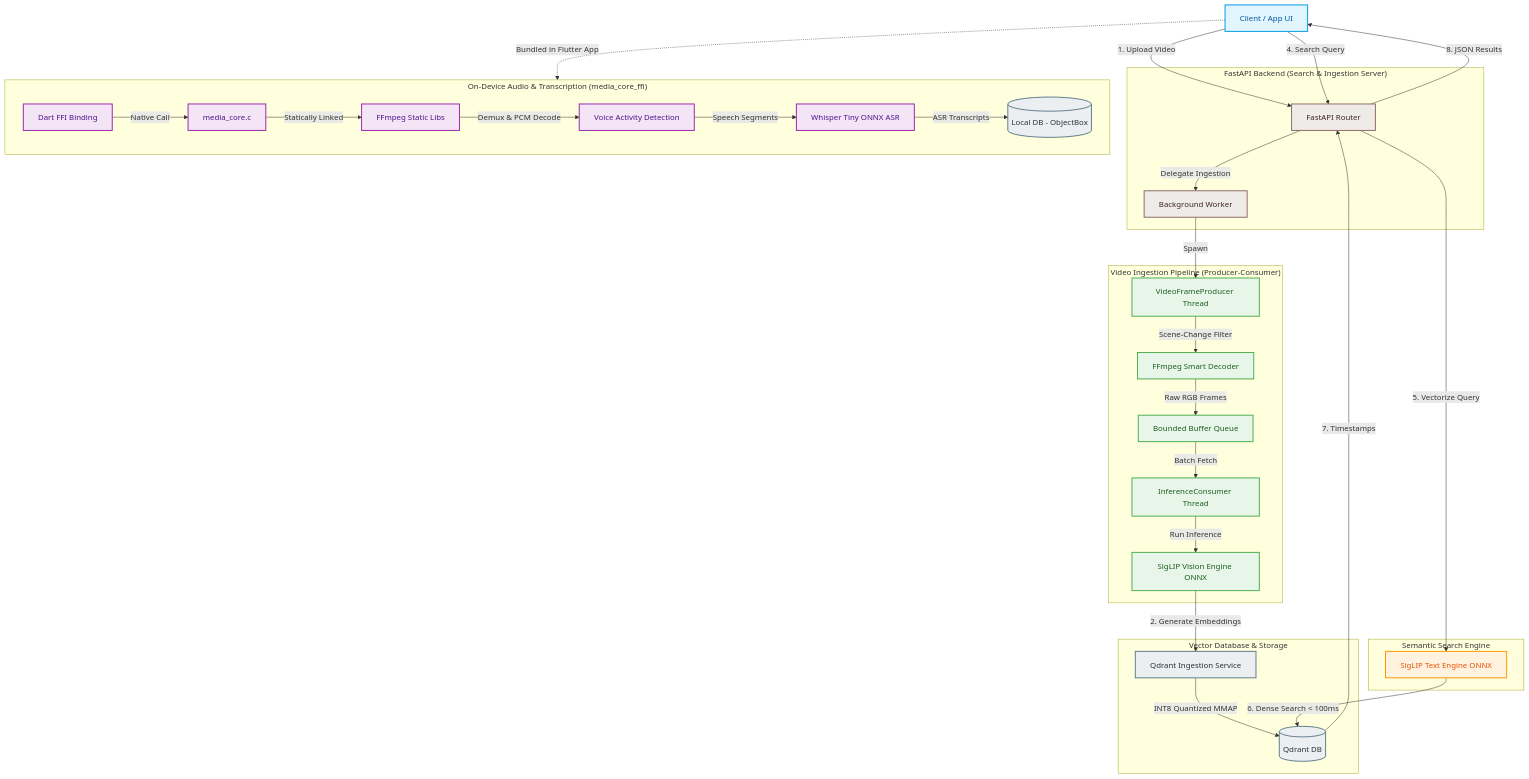
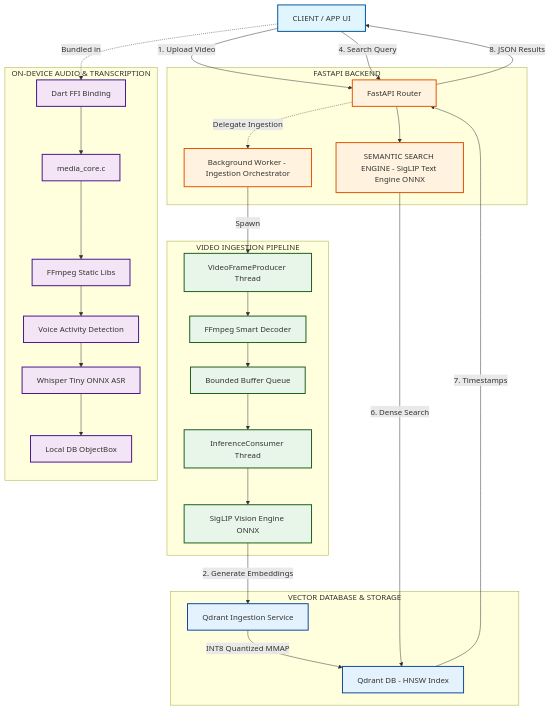
The diagram in README.md (Aniket-16-S/Semantic_Video_Search), drawn with Mermaid before and after one commit. The commit also changed 1 other file, not shown here.

Commit message:
minor chage. Issues still not fixed.

````diff
--- a/README.md
+++ b/README.md
@@ -46,76 +46,64 @@
 ```mermaid
-flowchart TB
-    %% Styling
-    classDef client fill:#e1f5fe,stroke:#039be5,stroke-width:2px,color:#01579b;
-    classDef api fill:#efebe9,stroke:#8d6e63,stroke-width:2px,color:#3e2723;
-    classDef ingestion fill:#e8f5e9,stroke:#4caf50,stroke-width:2px,color:#1b5e20;
-    classDef search fill:#fff3e0,stroke:#ff9800,stroke-width:2px,color:#e65100;
-    classDef audio fill:#f3e5f5,stroke:#9c27b0,stroke-width:2px,color:#4a148c;
-    classDef db fill:#eceff1,stroke:#607d8b,stroke-width:2px,color:#263238;
+graph TD
+    %% Define Styles
+    classDef client fill:#e1f5fe,stroke:#01579b,stroke-width:2px;
+    classDef backend fill:#fff3e0,stroke:#e65100,stroke-width:2px;
+    classDef pipeline fill:#e8f5e9,stroke:#1b5e20,stroke-width:2px;
+    classDef storage fill:#e3f2fd,stroke:#0d47a1,stroke-width:2px;
+    classDef ondevice fill:#f3e5f5,stroke:#4a148c,stroke-width:2px;
 
-    %% Client App
-    Client[Client / App UI]:::client
-
-    %% Backend Services Subgraph
-    subgraph Backend["FastAPI Backend (Search & Ingestion Server)"]
-        API[FastAPI Router]:::api
-        BG[Background Worker]:::api
-        API -->|Delegate Ingestion| BG
+    Client["CLIENT / APP UI"]:::client
+    
+    subgraph BE ["FASTAPI BACKEND"]
+        Router["FastAPI Router"]
+        Worker["Background Worker - Ingestion Orchestrator"]
+        SearchEngine["SEMANTIC SEARCH ENGINE - SigLIP Text Engine ONNX"]
     end
 
-    %% Ingestion Pipeline
-    subgraph Ingestion["Video Ingestion Pipeline (Producer-Consumer)"]
-        Prod[VideoFrameProducer Thread]:::ingestion
-        Decode[FFmpeg Smart Decoder]:::ingestion
-        Queue[Bounded Buffer Queue]:::ingestion
-        Cons[InferenceConsumer Thread]:::ingestion
-        VisionEngine[SigLIP Vision Engine ONNX]:::ingestion
-
-        BG -->|Spawn| Prod
-        Prod -->|Scene-Change Filter| Decode
-        Decode -->|Raw RGB Frames| Queue
-        Queue -->|Batch Fetch| Cons
-        Cons -->|Run Inference| VisionEngine
+    subgraph VIP ["VIDEO INGESTION PIPELINE"]
+        Producer["VideoFrameProducer Thread"]
+        FFmpeg["FFmpeg Smart Decoder"]
+        Queue["Bounded Buffer Queue"]
+        Consumer["InferenceConsumer Thread"]
+        SigLIP["SigLIP Vision Engine ONNX"]
     end
 
-    %% Search Pipeline
-    subgraph SearchFlow["Semantic Search Engine"]
-        TextEngine[SigLIP Text Engine ONNX]:::search
+    subgraph VDB ["VECTOR DATABASE & STORAGE"]
+        QIngest["Qdrant Ingestion Service"]
+        QDB["Qdrant DB - HNSW Index"]
     end
 
-    %% Vector Database
-    subgraph VectorStore["Vector Database & Storage"]
-        Qdrant[(Qdrant DB)]:::db
-        QdrantService[Qdrant Ingestion Service]:::db
-        QdrantService -->|INT8 Quantized MMAP| Qdrant
+    subgraph ODA ["ON-DEVICE AUDIO & TRANSCRIPTION"]
+        FFI["Dart FFI Binding"]
+        MediaCore["media_core.c"]
+        FFmpegStatic["FFmpeg Static Libs"]
+        VAD["Voice Activity Detection"]
+        Whisper["Whisper Tiny ONNX ASR"]
+        LocalDB["Local DB ObjectBox"]
     end
 
-    %% On-Device Audio Pipeline
-    subgraph AudioPipeline["On-Device Audio & Transcription (media_core_ffi)"]
-        FFI[Dart FFI Binding]:::audio
-        NativeLib[media_core.c]:::audio
-        FFmpegLibs[FFmpeg Static Libs]:::audio
-        VAD[Voice Activity Detection]:::audio
-        Whisper[Whisper Tiny ONNX ASR]:::audio
-        LocalDB[(Local DB - ObjectBox)]:::db
+    %% Apply styles to the internal nodes to avoid 'end:::' issues
+    class Router,Worker,SearchEngine backend;
+    class Producer,FFmpeg,Queue,Consumer,SigLIP pipeline;
+    class QIngest,QDB storage;
+    class FFI,MediaCore,FFmpegStatic,VAD,Whisper,LocalDB ondevice;
 
-        FFI -->|Native Call| NativeLib
-        NativeLib -->|Statically Linked| FFmpegLibs
-        FFmpegLibs -->|Demux & PCM Decode| VAD
-        VAD -->|Speech Segments| Whisper
-        Whisper -->|ASR Transcripts| LocalDB
-    end
+    %% Ingestion Flow
+    Client -- "1. Upload Video" --> Router
+    Router -.->|Delegate Ingestion| Worker
+    Worker -->|Spawn| Producer
+    Producer --> FFmpeg --> Queue --> Consumer --> SigLIP
+    SigLIP -->|2. Generate Embeddings| QIngest
+    QIngest -->|INT8 Quantized MMAP| QDB
 
-    %% System Flows
-    Client -->|1. Upload Video| API
-    Client -->|4. Search Query| API
-    
-    VisionEngine -->|2. Generate Embeddings| QdrantService
-    API -->|5. Vectorize Query| TextEngine
-    TextEngine -->|6. Dense Search < 100ms| Qdrant
-    Qdrant -->|7. Timestamps| API
-    API -->|8. JSON Results| Client
+    %% Search Flow
+    Client -- "4. Search Query" --> Router
+    Router --> SearchEngine
+    SearchEngine -->|6. Dense Search| QDB
+    QDB -->|7. Timestamps| Router
+    Router -->|8. JSON Results| Client
 
-    %% App Integration Link
-    Client -.->|Bundled in Flutter App| AudioPipeline
+    %% On-Device Flow
+    Client -.->|Bundled in| FFI
+    FFI --> MediaCore --> FFmpegStatic --> VAD --> Whisper --> LocalDB
 ```
````
